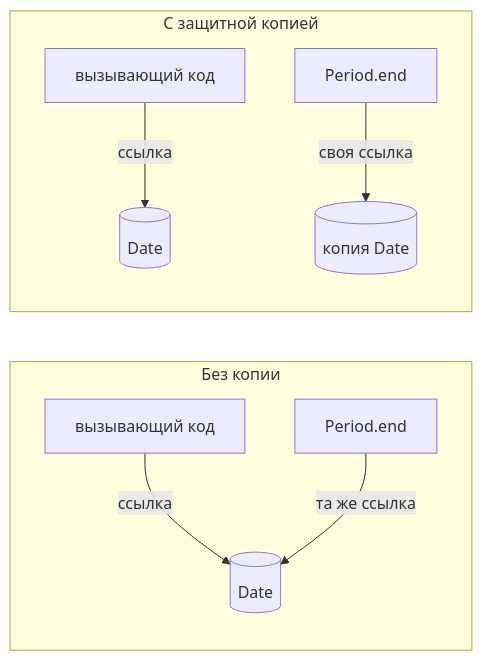
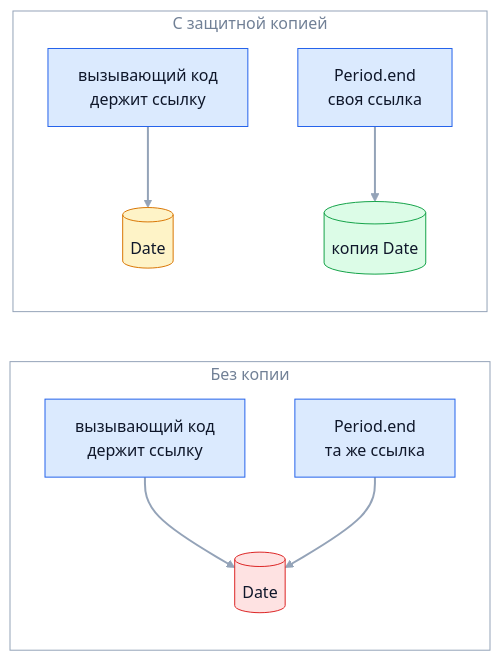
One commit to bogdan111305/java-senior-roadmap changed the diagram in kb/03-oop/01-encapsulation.md. Above: the diagram before and after it, drawn with Mermaid. The commit also changed 31 other files, not shown here.

````diff
--- a/kb/03-oop/01-encapsulation.md
+++ b/kb/03-oop/01-encapsulation.md
@@ -130,11 +130,23 @@
 ```mermaid
 flowchart LR
     subgraph naive["Без копии"]
-        C1["вызывающий код"] -->|ссылка| D1[("Date")]
-        O1["Period.end"] -->|та же ссылка| D1
+        C1["вызывающий код<br/>держит ссылку"] --> D1[("Date")]
+        O1["Period.end<br/>та же ссылка"] --> D1
     end
     subgraph safe["С защитной копией"]
-        C2["вызывающий код"] -->|ссылка| D2[("Date")]
-        O2["Period.end"] -->|своя ссылка| D3[("копия Date")]
+        C2["вызывающий код<br/>держит ссылку"] --> D2[("Date")]
+        O2["Period.end<br/>своя ссылка"] --> D3[("копия Date")]
     end
+    classDef main fill:#dbeafe,stroke:#2563eb,color:#0f172a
+    classDef accent fill:#fef3c7,stroke:#d97706,color:#0f172a
+    classDef good fill:#dcfce7,stroke:#16a34a,color:#0f172a
+    classDef muted fill:#f1f5f9,stroke:#64748b,color:#0f172a
+    classDef bad fill:#fee2e2,stroke:#dc2626,color:#0f172a
+    class C1,C2,O1,O2 main
+    class D1 bad
+    class D2 accent
+    class D3 good
+    style naive fill:none,stroke:#94a3b8,color:#718096
+    style safe fill:none,stroke:#94a3b8,color:#718096
+    linkStyle default stroke:#94a3b8,stroke-width:2px
 ```
````
